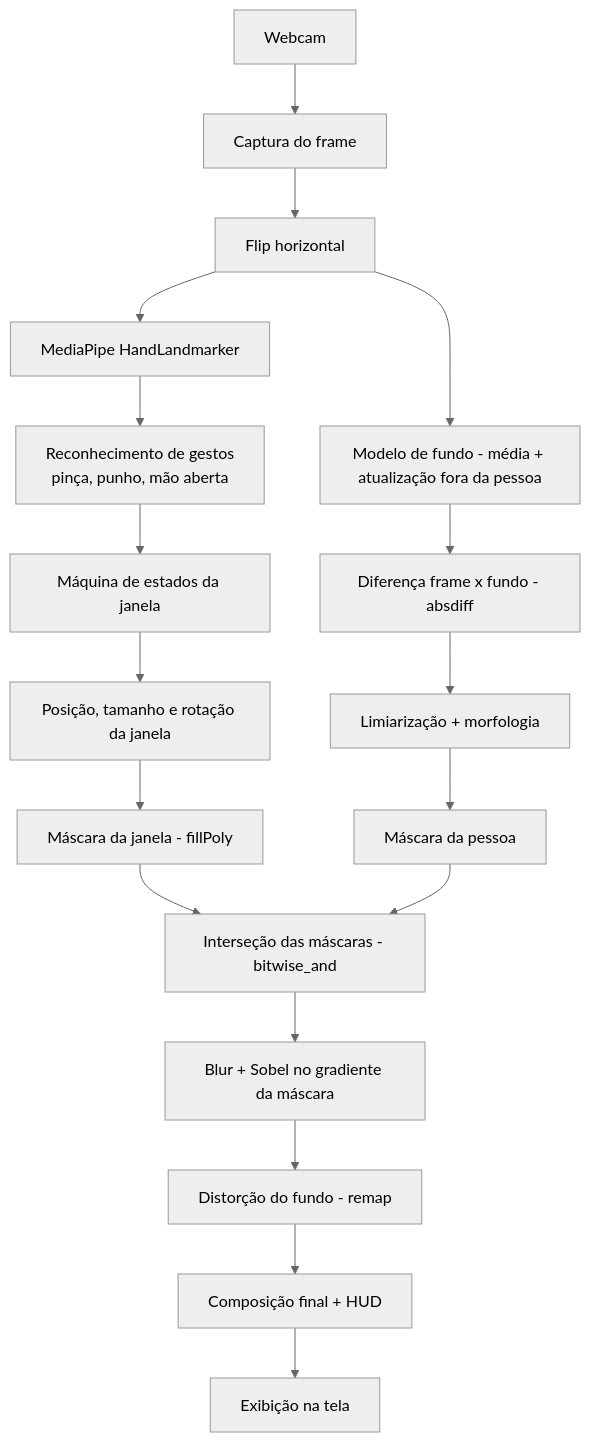
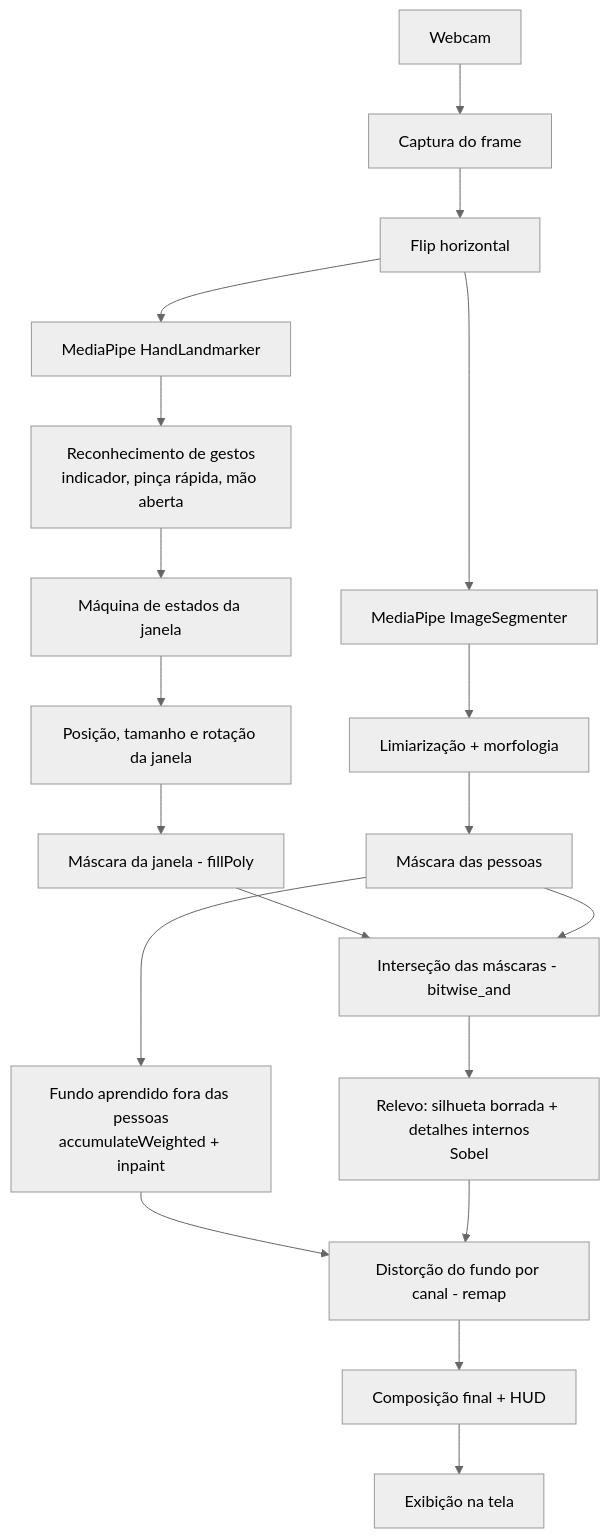
The first of 2 diagrams in README.md (hPedro11/invisible-box), drawn with Mermaid (neutral theme) before and after one commit. The commit also changed other lines of this file and 13 other files, not shown here.

First line of the commit message:
Segunda versão: indicadores + pinça rápida, vidro transparente e fundo com pessoas

````diff
--- a/README.md
+++ b/README.md
@@ -50,23 +50,24 @@
 ```mermaid
 flowchart TD
     A[Webcam] --> B[Captura do frame]
     B --> C[Flip horizontal]
     C --> D[MediaPipe HandLandmarker]
-    C --> E[Modelo de fundo - média + atualização fora da pessoa]
+    C --> E[MediaPipe ImageSegmenter]
 
-    D --> F[Reconhecimento de gestos<br/>pinça, punho, mão aberta]
+    D --> F[Reconhecimento de gestos<br/>indicador, pinça rápida, mão aberta]
     F --> G[Máquina de estados da janela]
     G --> H[Posição, tamanho e rotação da janela]
     H --> I[Máscara da janela - fillPoly]
 
-    E --> J[Diferença frame x fundo - absdiff]
-    J --> K[Limiarização + morfologia]
-    K --> L[Máscara da pessoa]
+    E --> K[Limiarização + morfologia]
+    K --> L[Máscara das pessoas]
+    L --> J[Fundo aprendido fora das pessoas<br/>accumulateWeighted + inpaint]
 
     I --> M[Interseção das máscaras - bitwise_and]
     L --> M
-    M --> N[Blur + Sobel no gradiente da máscara]
-    N --> O[Distorção do fundo - remap]
+    M --> N[Relevo: silhueta borrada + detalhes internos<br/>Sobel]
+    J --> O
+    N --> O[Distorção do fundo por canal - remap]
     O --> P[Composição final + HUD]
     P --> Q[Exibição na tela]
 ```
````
